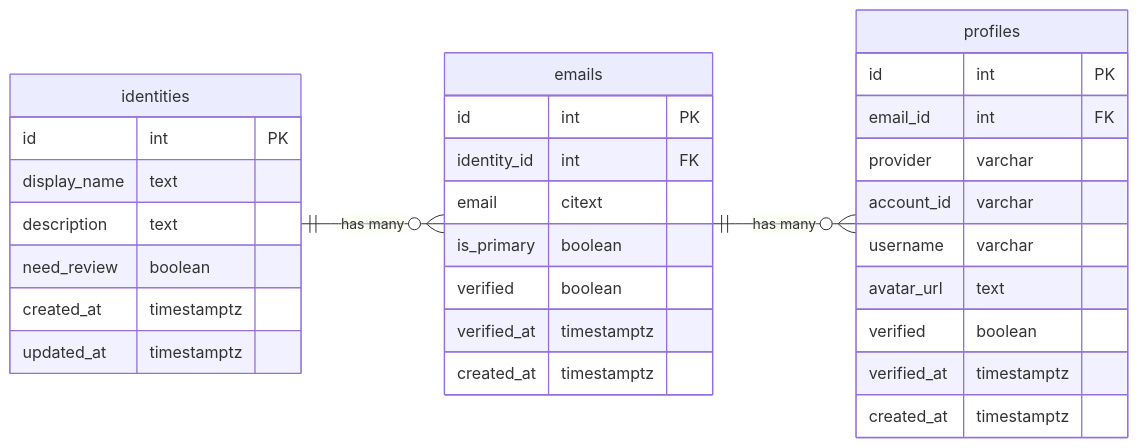
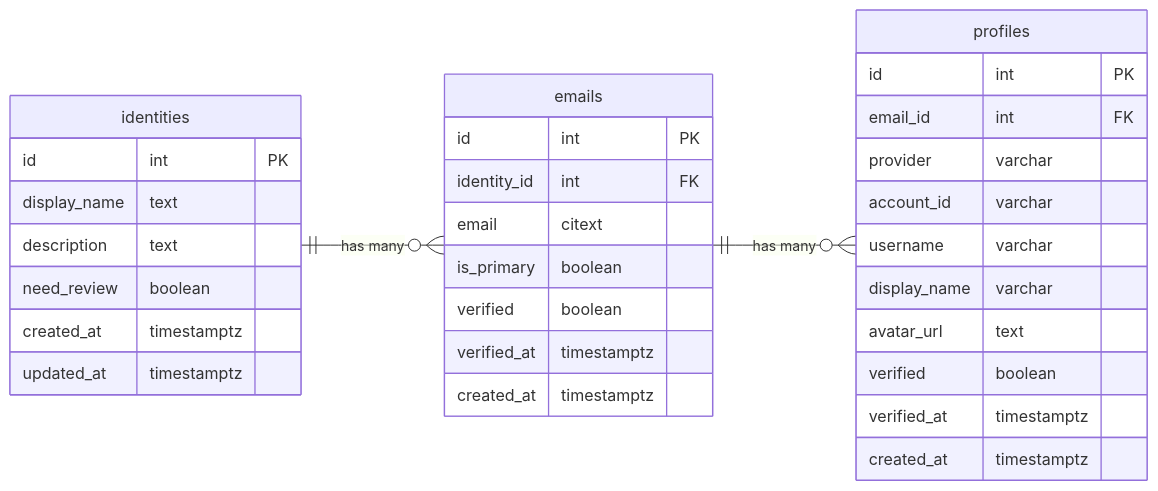
One commit to CppDigest/cppa-unified-dashboard changed the diagram in BoostUserTable/combine_user_tables_plan.md. Above: the diagram before and after it, drawn with Mermaid.

Commit message:
#108 - display_name field added in profiles table

````diff
--- a/BoostUserTable/combine_user_tables_plan.md
+++ b/BoostUserTable/combine_user_tables_plan.md
@@ -51,37 +51,38 @@
 ```mermaid
 erDiagram
     direction LR
     identities {
         id int PK
         display_name text
         description text
         need_review boolean
         created_at timestamptz
         updated_at timestamptz
     }
 
     emails {
         id int PK
         identity_id int FK
         email citext
         is_primary boolean
         verified boolean
         verified_at timestamptz
         created_at timestamptz
     }
 
     profiles {
         id int PK
         email_id int FK
         provider varchar
         account_id varchar
         username varchar
+        display_name varchar
         avatar_url text
         verified boolean
         verified_at timestamptz
         created_at timestamptz
     }
 
     identities ||--o{ emails : "has many"
     emails ||--o{ profiles : "has many"
 ```
````
